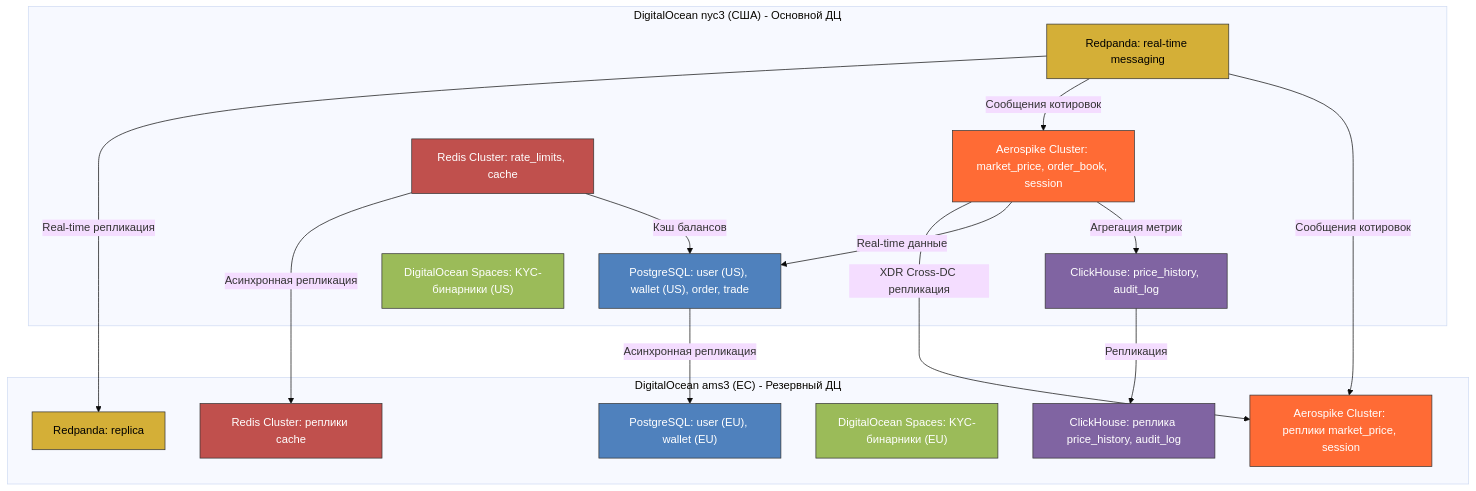
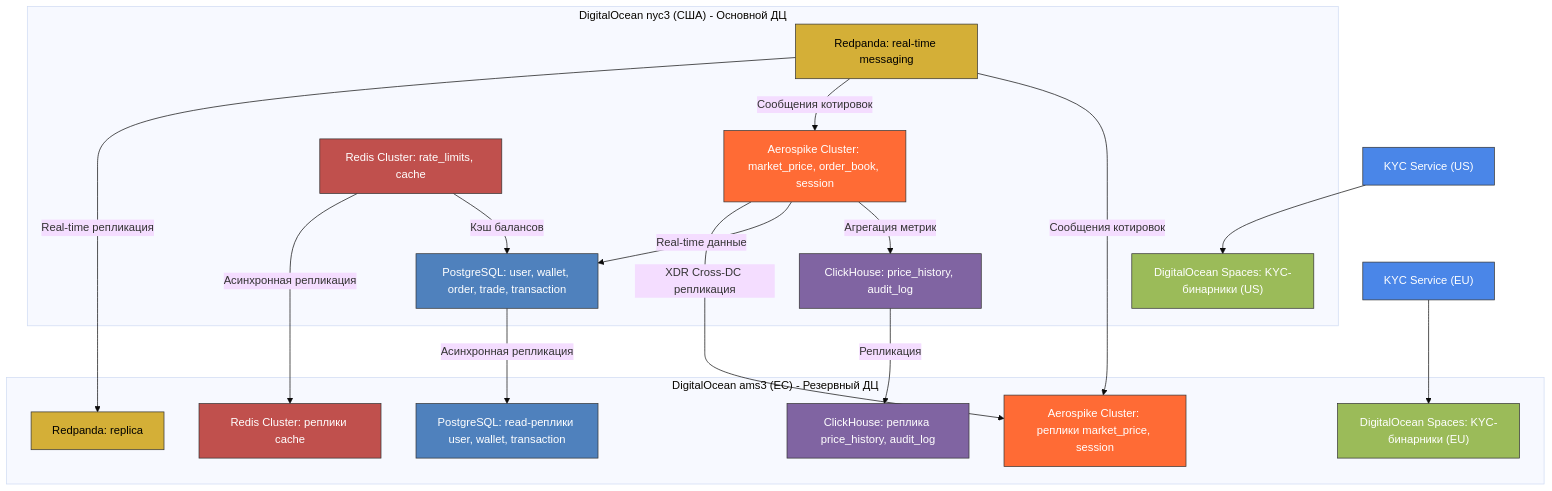
One commit to IfroloffI/highload-vk-edu-3-term changed the diagram in README.md. Above: the diagram before and after it, drawn with Mermaid (base theme). The commit also changed other lines of this file, not shown here.

````diff
--- a/README.md
+++ b/README.md
@@ -399,49 +398,55 @@
 ```mermaid
 %% Физическая архитектура БД
 flowchart TD
     subgraph nyc3["DigitalOcean nyc3 (США) - Основной ДЦ"]
-        A["PostgreSQL: user (US), wallet (US), order, trade"]
+        A["PostgreSQL: user, wallet, order, trade, transaction"]
         B["ClickHouse: price_history, audit_log"]
         C["Aerospike Cluster: market_price, order_book, session"]
         D["DigitalOcean Spaces: KYC-бинарники (US)"]
         F["Redis Cluster: rate_limits, cache"]
         R["Redpanda: real-time messaging"]
     end
 
     subgraph ams3["DigitalOcean ams3 (ЕС) - Резервный ДЦ"]
-        G["PostgreSQL: user (EU), wallet (EU)"]
+        G["PostgreSQL: read-реплики user, wallet, transaction"]
         H["ClickHouse: реплика price_history, audit_log"]
         I["Aerospike Cluster: реплики market_price, session"]
         J["DigitalOcean Spaces: KYC-бинарники (EU)"]
         L["Redis Cluster: реплики cache"]
         R2["Redpanda: replica"]
     end
 
     %% Репликация данных
     A -->|Асинхронная репликация| G
     B -->|Репликация| H
     C -->|XDR Cross-DC репликация| I
     F -->|Асинхронная репликация| L
     R -->|Real-time репликация| R2
     
     %% Внутренние связи
     C -->|Real-time данные| A
     C -->|Агрегация метрик| B
     F -->|Кэш балансов| A
     R -->|Сообщения котировок| C
     R -->|Сообщения котировок| I
 
+    %% KYC-данные остаются в Home Region
+    KYC_US["KYC Service (US)"] --> D
+    KYC_EU["KYC Service (EU)"] --> J
+
     classDef pg fill:#4F81BD,stroke:#333,color:white;
     classDef ch fill:#8064A2,stroke:#333,color:white;
     classDef aerospike fill:#FF6B35,stroke:#333,color:white;
     classDef redis fill:#C0504D,stroke:#333,color:white;
     classDef spaces fill:#9BBB59,stroke:#333,color:white;
     classDef redpanda fill:#D4AF37,stroke:#333,color:black;
+    classDef service fill:#4A86E8,stroke:#333,color:white;
 
     class A,G pg
     class B,H ch
     class C,I aerospike
     class F,L redis
     class D,J spaces
     class R,R2 redpanda
+    class KYC_US,KYC_EU service
 ```
````
